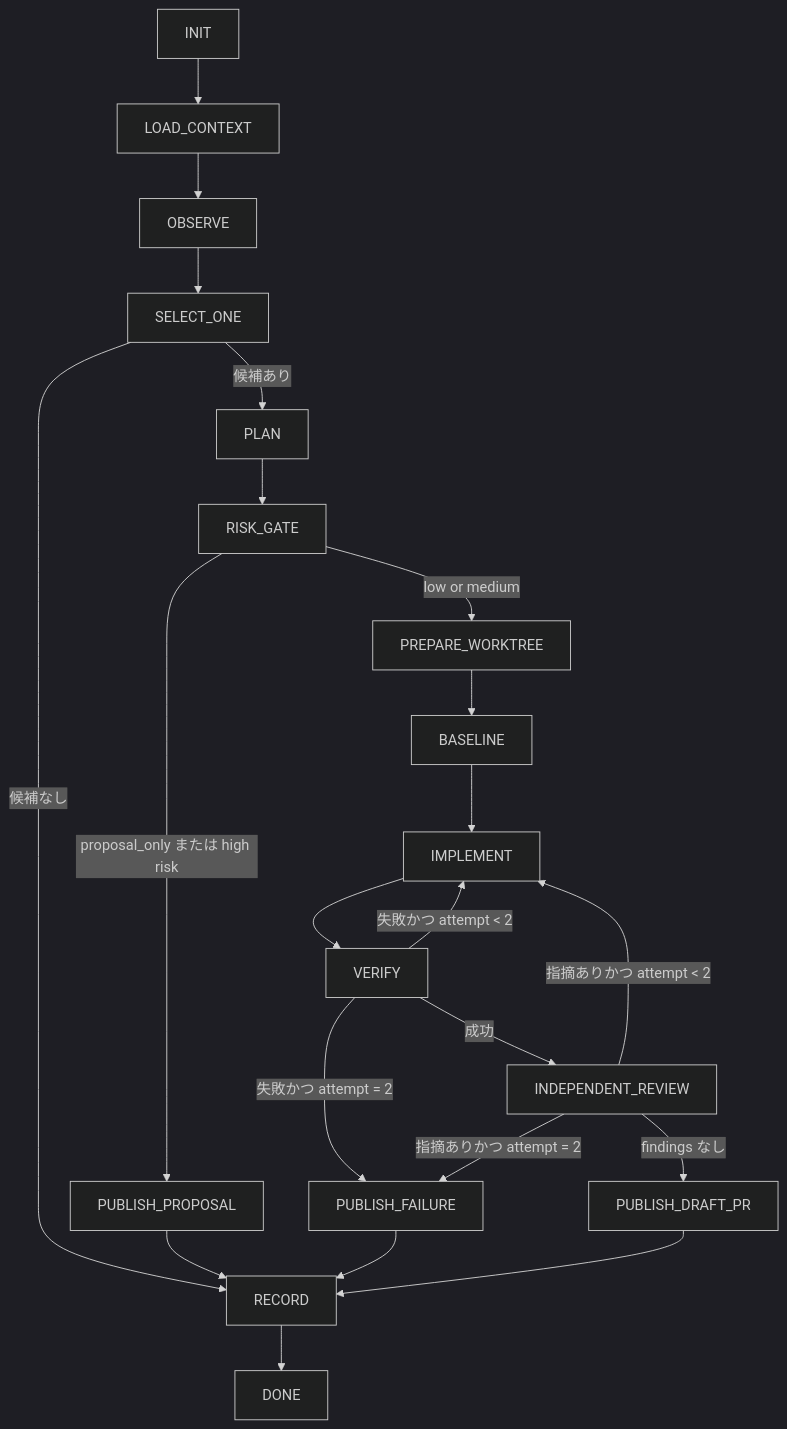
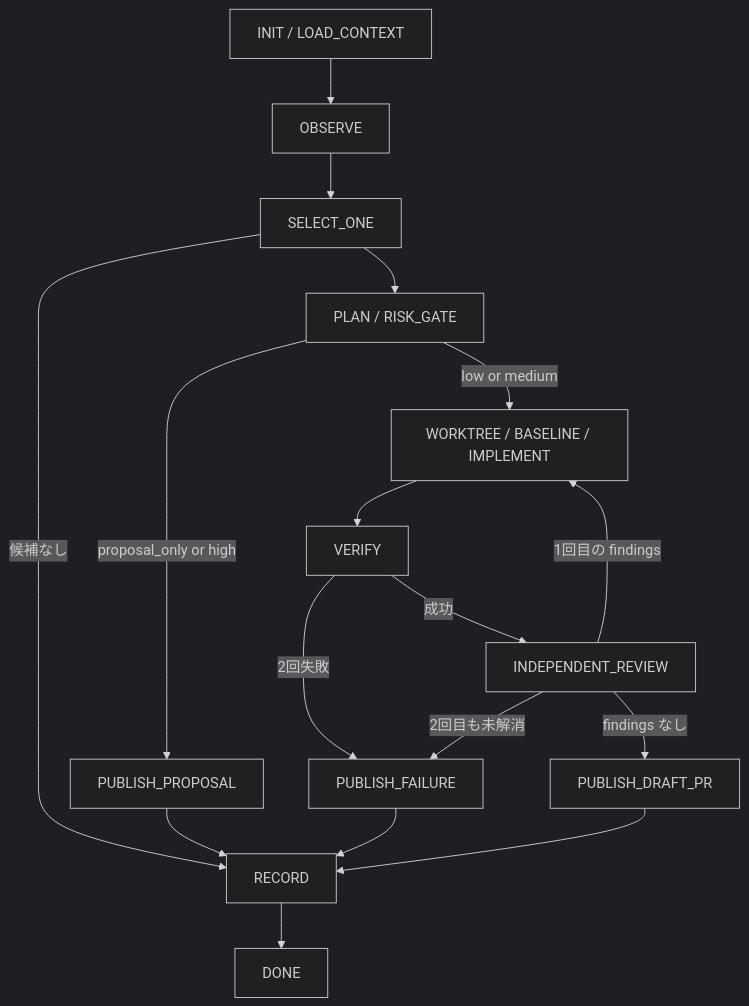
One commit to murakotaro4/devkit changed the diagram in plugins/devkit/skills/repo-loop/SKILL.md. Above: the diagram before and after it, drawn with Mermaid (dark theme). The commit also changed other lines of this file and 27 other files, not shown here.

````diff
--- a/plugins/devkit/skills/repo-loop/SKILL.md
+++ b/plugins/devkit/skills/repo-loop/SKILL.md
@@ -120,24 +71,19 @@
 ```mermaid
 flowchart TD
-    A[INIT] --> B[LOAD_CONTEXT]
-    B --> C[OBSERVE]
-    C --> D[SELECT_ONE]
-    D -->|候補なし| R[RECORD]
-    D -->|候補あり| E[PLAN]
-    E --> F[RISK_GATE]
-    F -->|proposal_only または high risk| P[PUBLISH_PROPOSAL]
-    F -->|low or medium| G[PREPARE_WORKTREE]
-    G --> H[BASELINE]
-    H --> I[IMPLEMENT]
-    I --> J[VERIFY]
-    J -->|失敗かつ attempt < 2| I
-    J -->|失敗かつ attempt = 2| Q[PUBLISH_FAILURE]
-    J -->|成功| K[INDEPENDENT_REVIEW]
-    K -->|指摘ありかつ attempt < 2| I
-    K -->|指摘ありかつ attempt = 2| Q
-    K -->|findings なし| L[PUBLISH_DRAFT_PR]
-    P --> R
-    Q --> R
-    L --> R
-    R --> S[DONE]
+  A[INIT / LOAD_CONTEXT] --> B[OBSERVE]
+  B --> C[SELECT_ONE]
+  C -->|候補なし| R[RECORD]
+  C --> D[PLAN / RISK_GATE]
+  D -->|proposal_only or high| P[PUBLISH_PROPOSAL]
+  D -->|low or medium| E[WORKTREE / BASELINE / IMPLEMENT]
+  E --> F[VERIFY]
+  F -->|成功| G[INDEPENDENT_REVIEW]
+  F -->|2回失敗| X[PUBLISH_FAILURE]
+  G -->|findings なし| H[PUBLISH_DRAFT_PR]
+  G -->|1回目の findings| E
+  G -->|2回目も未解消| X
+  P --> R
+  X --> R
+  H --> R
+  R --> S[DONE]
 ```
````
